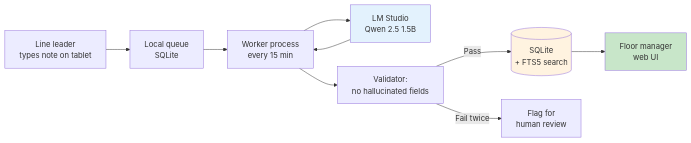
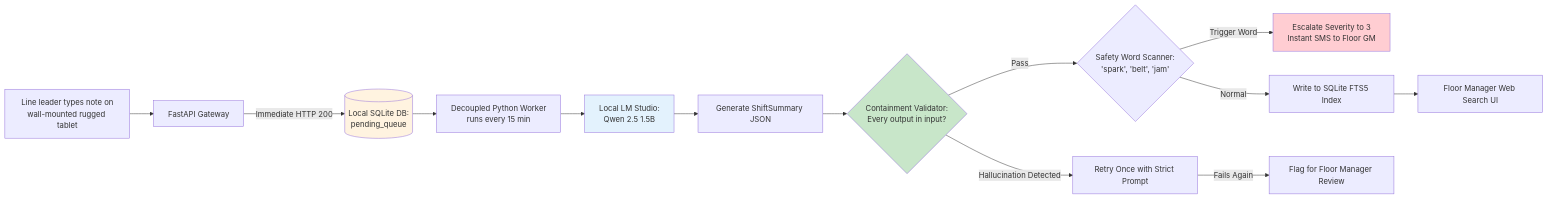
One commit to aiwithr/ai_llm changed the diagram in docs/case-studies/factory-it.md. Above: the diagram before and after it, drawn with Mermaid. The commit also changed other lines of this file and 27 other files, not shown here.

````diff
--- a/docs/case-studies/factory-it.md
+++ b/docs/case-studies/factory-it.md
@@ -51,14 +36,24 @@
 ```mermaid
 flowchart LR
-    N[Line leader<br/>types note on tablet] --> Q[Local queue<br/>SQLite]
-    Q --> S[Worker process<br/>every 15 min]
-    S --> L[LM Studio<br/>Qwen 2.5 1.5B]
-    L --> S
-    S --> V[Validator:<br/>no hallucinated fields]
-    V -- Pass --> DB[(SQLite<br/>+ FTS5 search)]
-    V -- Fail twice --> H[Flag for<br/>human review]
-    DB --> UI[Floor manager<br/>web UI]
-    style L fill:#e3f2fd
-    style DB fill:#fff3e0
-    style UI fill:#c8e6c9
+    A[Line leader types note on<br/>wall-mounted rugged tablet] --> B[FastAPI Gateway]
+    B -->|Immediate HTTP 200| C[(Local SQLite DB:<br/>pending_queue)]
+    
+    C --> D[Decoupled Python Worker<br/>runs every 15 min]
+    D --> E[Local LM Studio:<br/>Qwen 2.5 1.5B]
+    E --> F[Generate ShiftSummary JSON]
+    
+    F --> G{Containment Validator:<br/>Every output in input?}
+    G -- Pass --> H{Safety Word Scanner:<br/>'spark', 'belt', 'jam'}
+    H -- Trigger Word --> I[Escalate Severity to 3<br/>Instant SMS to Floor GM]
+    H -- Normal --> J[Write to SQLite FTS5 Index]
+    
+    G -- Hallucination Detected --> K[Retry Once with Strict Prompt]
+    K -- Fails Again --> L[Flag for Floor Manager Review]
+    
+    J --> M[Floor Manager Web Search UI]
+
+    style C fill:#fff3e0
+    style E fill:#e3f2fd
+    style G fill:#c8e6c9
+    style I fill:#ffcdd2
 ```
````
